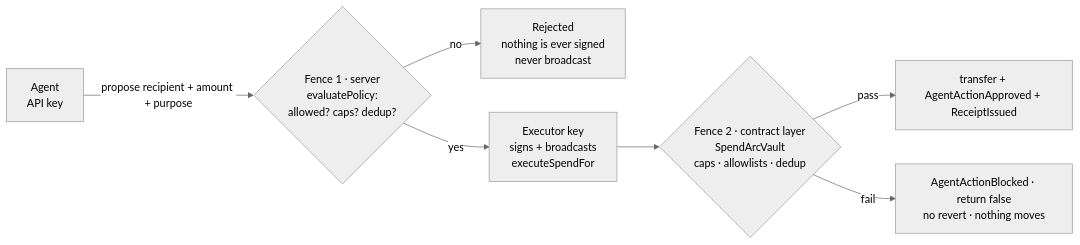
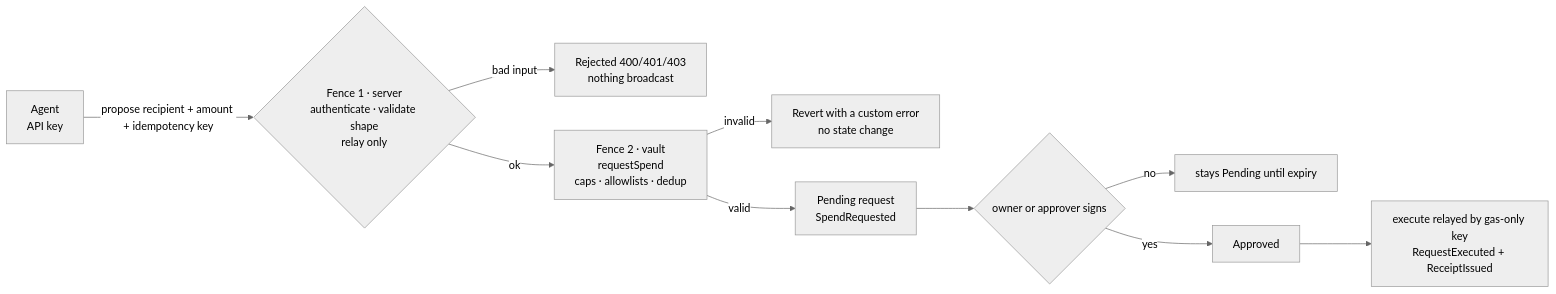
One commit to Saber1Y/Mandate changed the first of 2 diagrams in architecture.md. Above: the diagram before and after it, drawn with Mermaid (neutral theme). The commit also changed other lines of this file and 3 other files, not shown here.

````diff
--- a/architecture.md
+++ b/architecture.md
@@ -13,9 +13,12 @@
 ```mermaid
 flowchart LR
-    A[Agent<br/>API key] -->|propose recipient + amount + purpose| B{Fence 1 · server<br/>evaluatePolicy:<br/>allowed? caps? dedup?}
-    B -- no --> X[Rejected<br/>nothing is ever signed<br/>never broadcast]
-    B -- yes --> C[Executor key<br/>signs + broadcasts<br/>executeSpendFor]
-    C --> D{Fence 2 · contract layer<br/>SpendArcVault<br/>caps · allowlists · dedup}
-    D -- pass --> E[transfer + AgentActionApproved + ReceiptIssued]
-    D -- fail --> F[AgentActionBlocked · return false<br/>no revert · nothing moves]
+    A[Agent<br/>API key] -->|propose recipient + amount + idempotency key| B{Fence 1 · server<br/>authenticate · validate shape<br/>relay only}
+    B -- bad input --> X[Rejected 400/401/403<br/>nothing broadcast]
+    B -- ok --> C[Fence 2 · vault<br/>requestSpend<br/>caps · allowlists · dedup]
+    C -- invalid --> F[Revert with a custom error<br/>no state change]
+    C -- valid --> D[Pending request<br/>SpendRequested]
+    D --> E{owner or approver signs}
+    E -- no --> G[stays Pending until expiry]
+    E -- yes --> H[Approved]
+    H --> I[execute relayed by gas-only key<br/>RequestExecuted + ReceiptIssued]
 ```
````
